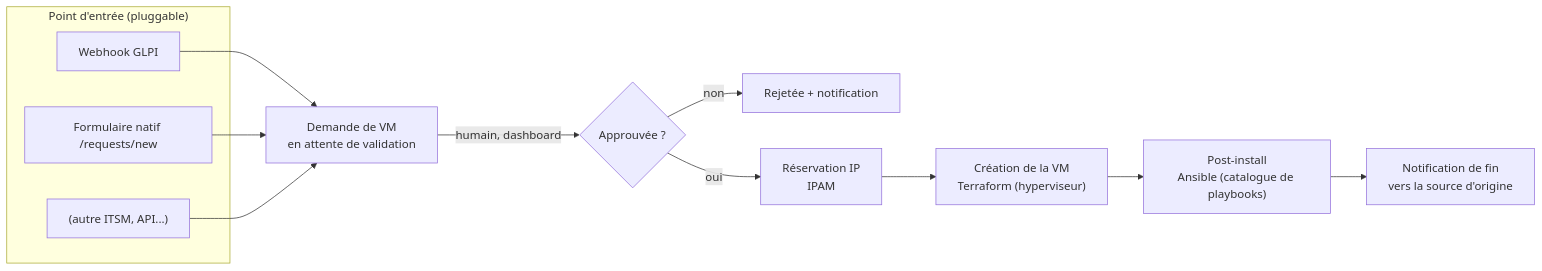
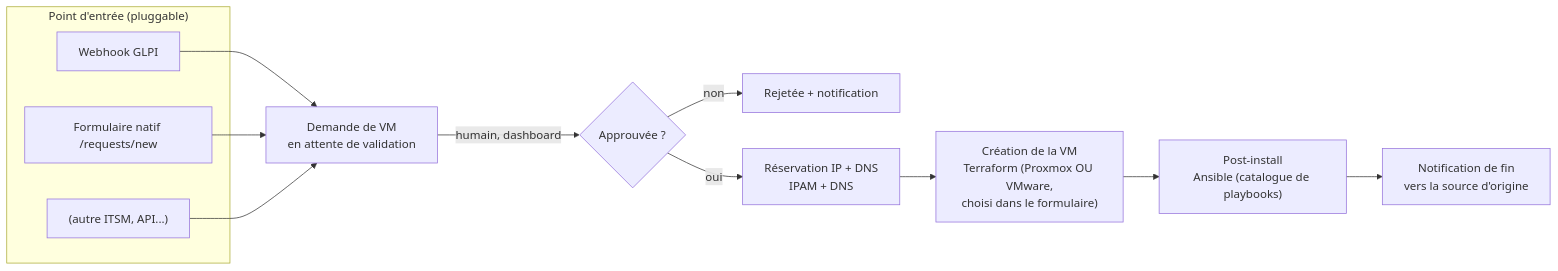
The diagram in README.md (mshadow6/hephaestus), drawn with Mermaid before and after one commit. The commit also changed other lines of this file, not shown here.

First line of the commit message:
README : documente VMware/multi-hyperviseur, DNS, sécurité, image GHCR

````diff
--- a/README.md
+++ b/README.md
@@ -7,15 +7,15 @@
 ```mermaid
 flowchart LR
     subgraph Entrée["Point d'entrée (pluggable)"]
         A1[Webhook GLPI]
         A2[Formulaire natif /requests/new]
         A3["(autre ITSM, API...)"]
     end
     A1 & A2 & A3 --> B[Demande de VM\nen attente de validation]
     B -->|humain, dashboard| C{Approuvée ?}
     C -->|non| R[Rejetée + notification]
-    C -->|oui| D[Réservation IP\nIPAM]
-    D --> E["Création de la VM\nTerraform (hyperviseur)"]
+    C -->|oui| D[Réservation IP + DNS\nIPAM + DNS]
+    D --> E["Création de la VM\nTerraform (Proxmox OU VMware,\nchoisi dans le formulaire)"]
     E --> F["Post-install\nAnsible (catalogue de playbooks)"]
     F --> G[Notification de fin\nvers la source d'origine]
 ```
````
